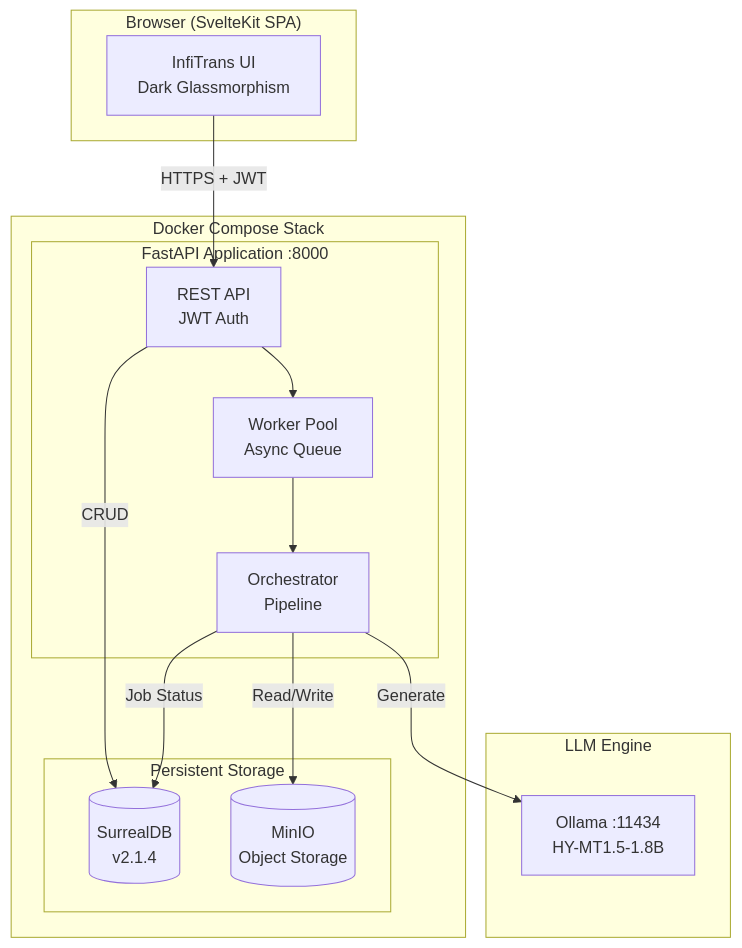
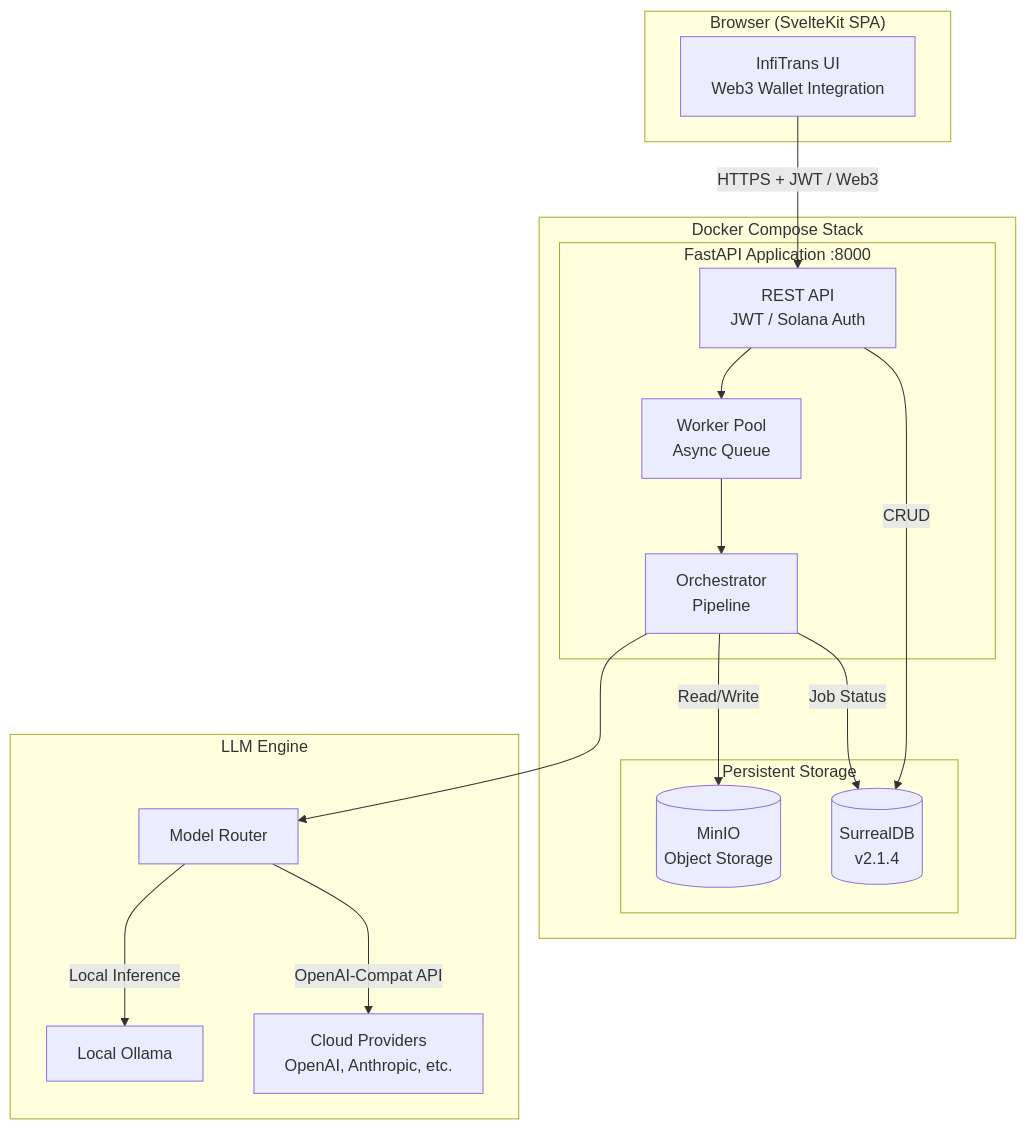
The first of 2 diagrams in README.md (vnknowledge2014/file_translated_app), drawn with Mermaid before and after one commit. The commit also changed other lines of this file and 3 other files, not shown here.

````diff
--- a/README.md
+++ b/README.md
@@ -36,31 +36,35 @@
 ```mermaid
 graph TB
     subgraph Client ["Browser (SvelteKit SPA)"]
-        UI[InfiTrans UI<br/>Dark Glassmorphism]
+        UI[InfiTrans UI<br/>Web3 Wallet Integration]
     end
 
     subgraph Docker ["Docker Compose Stack"]
         subgraph App ["FastAPI Application :8000"]
-            API[REST API<br/>JWT Auth]
+            API[REST API<br/>JWT / Solana Auth]
             ORCH[Orchestrator<br/>Pipeline]
             WP[Worker Pool<br/>Async Queue]
         end
         
         subgraph Storage ["Persistent Storage"]
             SURREAL[(SurrealDB<br/>v2.1.4)]
             MINIO[(MinIO<br/>Object Storage)]
         end
     end
     
     subgraph LLM ["LLM Engine"]
-        OLLAMA[Ollama :11434<br/>HY-MT1.5-1.8B]
+        ROUTER[Model Router]
+        OLLAMA[Local Ollama]
+        CLOUD[Cloud Providers<br/>OpenAI, Anthropic, etc.]
     end
 
-    UI -->|HTTPS + JWT| API
+    UI -->|HTTPS + JWT / Web3| API
     API --> WP
     WP --> ORCH
-    ORCH -->|Generate| OLLAMA
+    ORCH --> ROUTER
+    ROUTER -->|Local Inference| OLLAMA
+    ROUTER -->|OpenAI-Compat API| CLOUD
     ORCH -->|Read/Write| MINIO
     API -->|CRUD| SURREAL
     ORCH -->|Job Status| SURREAL
 ```
````
